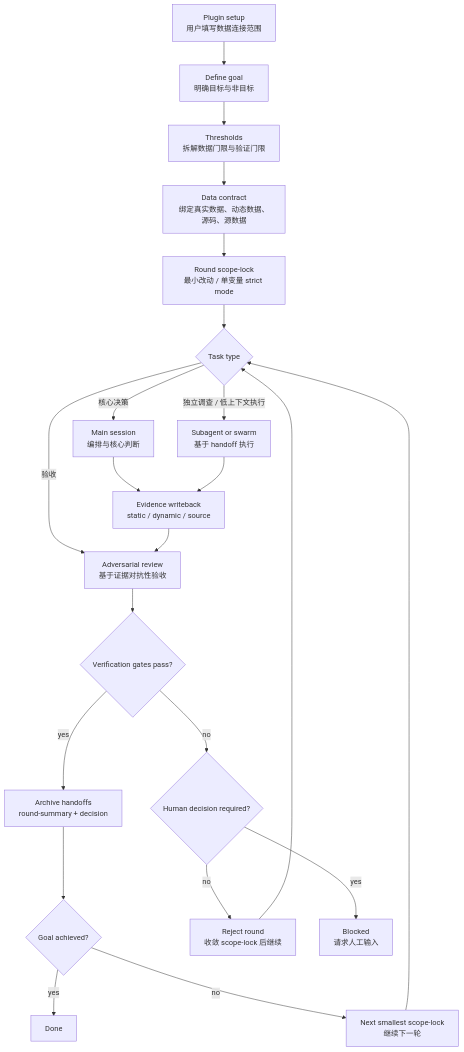
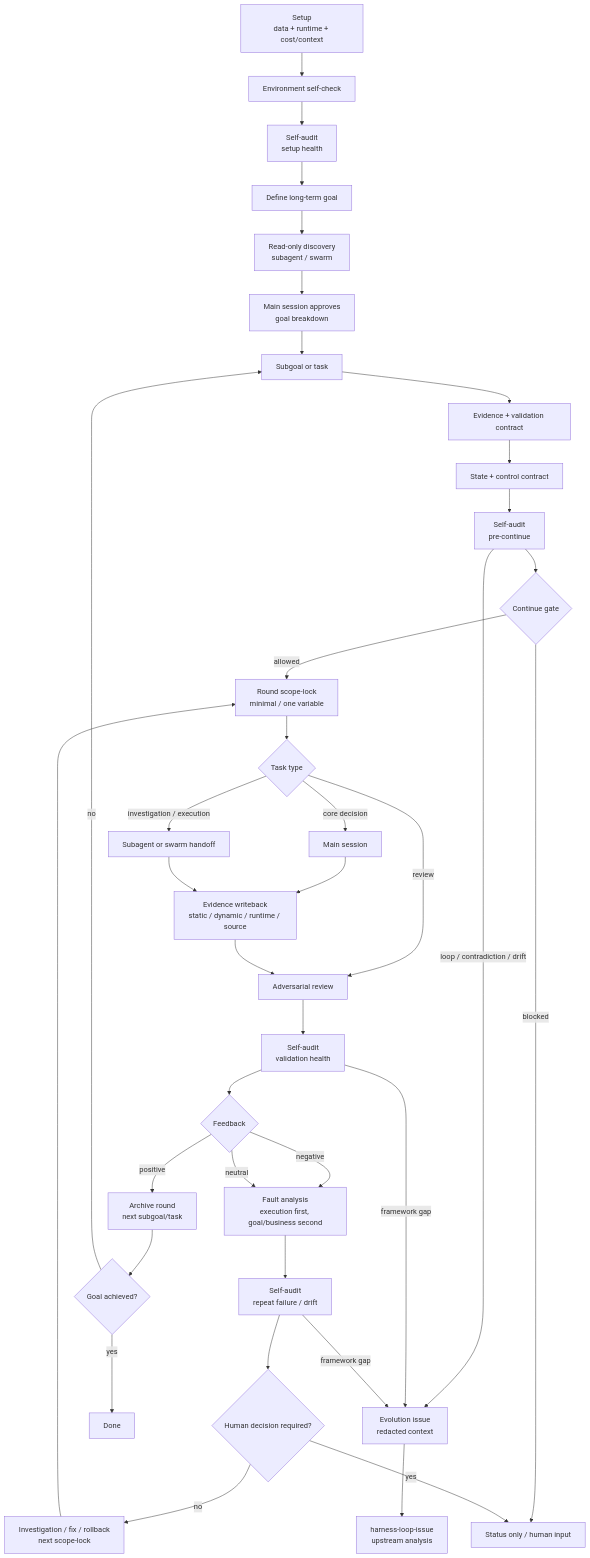
The diagram in docs/harnessloop-flow.mmd (litianyi-007/harnessloop), drawn with Mermaid before and after one commit. The commit also changed other lines of this file and 41 other files, not shown here.

```diff
--- a/docs/harnessloop-flow.mmd
+++ b/docs/harnessloop-flow.mmd
@@ -1,26 +1,41 @@
 flowchart TD
-  A["Plugin setup<br/>用户填写数据连接范围"] --> B["Define goal<br/>明确目标与非目标"]
-  B --> C["Thresholds<br/>拆解数据门限与验证门限"]
-  C --> D["Data contract<br/>绑定真实数据、动态数据、源码、源数据"]
-  D --> E["Round scope-lock<br/>最小改动 / 单变量 strict mode"]
-  E --> F{"Task type"}
+  A["Setup<br/>data + runtime + cost/context"] --> B["Environment self-check"]
+  B --> BA["Self-audit<br/>setup health"]
+  BA --> C["Define long-term goal"]
+  C --> D["Read-only discovery<br/>subagent / swarm"]
+  D --> E["Main session approves<br/>goal breakdown"]
+  E --> F["Subgoal or task"]
+  F --> G["Evidence + validation contract"]
+  G --> H["State + control contract"]
+  H --> HA["Self-audit<br/>pre-continue"]
+  HA --> I{"Continue gate"}
+  I -->|"allowed"| J["Round scope-lock<br/>minimal / one variable"]
+  I -->|"blocked"| X["Status only / human input"]
+  HA -->|"loop / contradiction / drift"| EI["Evolution issue<br/>redacted context"]
+  EI --> ES["harness-loop-issue<br/>upstream analysis"]
+  J --> K{"Task type"}
 
-  F -->|"核心决策"| M["Main session<br/>编排与核心判断"]
-  F -->|"独立调查 / 低上下文执行"| S["Subagent or swarm<br/>基于 handoff 执行"]
-  F -->|"验收"| R["Adversarial review<br/>基于证据对抗性验收"]
+  K -->|"core decision"| M["Main session"]
+  K -->|"investigation / execution"| S["Subagent or swarm handoff"]
+  K -->|"review"| R["Adversarial review"]
 
-  M --> G["Evidence writeback<br/>static / dynamic / source"]
-  S --> G
-  G --> R
-  R --> H{"Verification gates pass?"}
+  M --> N["Evidence writeback<br/>static / dynamic / runtime / source"]
+  S --> N
+  N --> R
+  R --> RA["Self-audit<br/>validation health"]
+  RA --> O{"Feedback"}
+  RA -->|"framework gap"| EI
 
-  H -->|"yes"| I["Archive handoffs<br/>round-summary + decision"]
-  I --> J{"Goal achieved?"}
-  J -->|"yes"| K["Done"]
-  J -->|"no"| L["Next smallest scope-lock<br/>继续下一轮"]
-  L --> F
+  O -->|"positive"| P["Archive round<br/>next subgoal/task"]
+  P --> Q{"Goal achieved?"}
+  Q -->|"yes"| Z["Done"]
+  Q -->|"no"| F
 
-  H -->|"no"| N{"Human decision required?"}
-  N -->|"no"| O["Reject round<br/>收敛 scope-lock 后继续"]
-  O --> F
-  N -->|"yes"| P["Blocked<br/>请求人工输入"]
+  O -->|"negative"| U["Fault analysis<br/>execution first, goal/business second"]
+  O -->|"neutral"| U
+  U --> UA["Self-audit<br/>repeat failure / drift"]
+  UA --> V{"Human decision required?"}
+  UA -->|"framework gap"| EI
+  V -->|"no"| W["Investigation / fix / rollback<br/>next scope-lock"]
+  W --> J
+  V -->|"yes"| X
```
